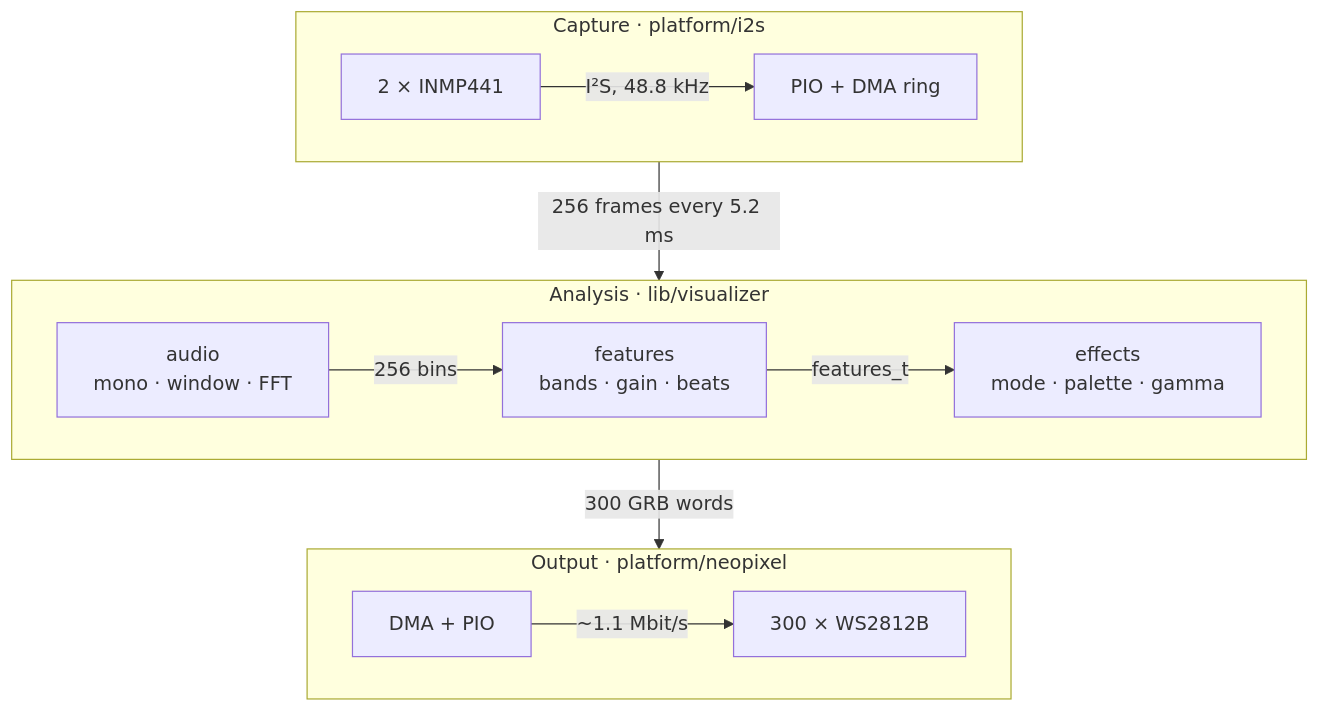
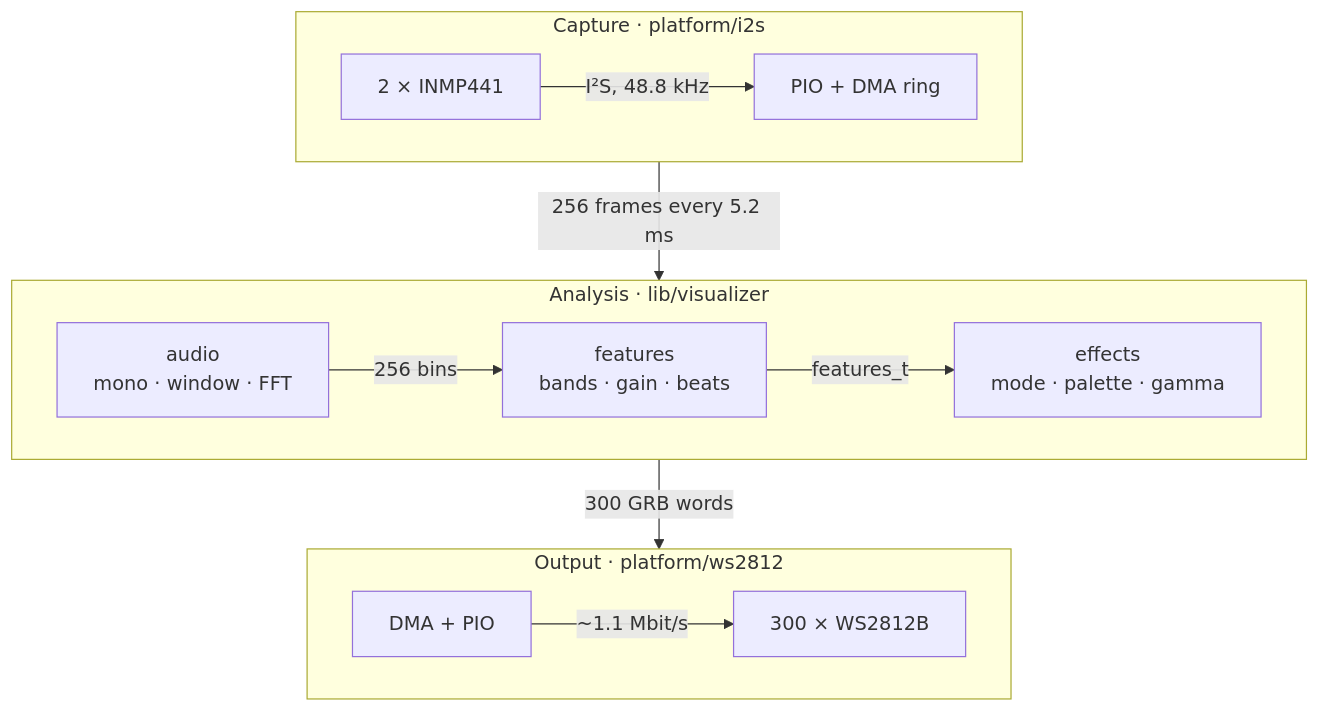
The first of 2 diagrams in README.md (whyisitworking/light-painting), drawn with Mermaid before and after one commit. The commit also changed other lines of this file and 16 other files, not shown here.

````diff
--- a/README.md
+++ b/README.md
@@ -176,17 +176,17 @@
 ```mermaid
 flowchart TB
     subgraph capture ["Capture · platform/i2s"]
         direction LR
         MIC["2 × INMP441"] -- "I²S, 48.8 kHz" --> PIOI["PIO + DMA ring"]
     end
     subgraph analysis ["Analysis · lib/visualizer"]
         direction LR
         AUDIO["audio<br/>mono · window · FFT"] -- "256 bins" --> FEAT["features<br/>bands · gain · beats"] -- "features_t" --> FX["effects<br/>mode · palette · gamma"]
     end
-    subgraph output ["Output · platform/neopixel"]
+    subgraph output ["Output · platform/ws2812"]
         direction LR
         PION["DMA + PIO"] -- "~1.1 Mbit/s" --> STRIP["300 × WS2812B"]
     end
     capture -- "256 frames every 5.2 ms" --> analysis
     analysis -- "300 GRB words" --> output
 ```
````
